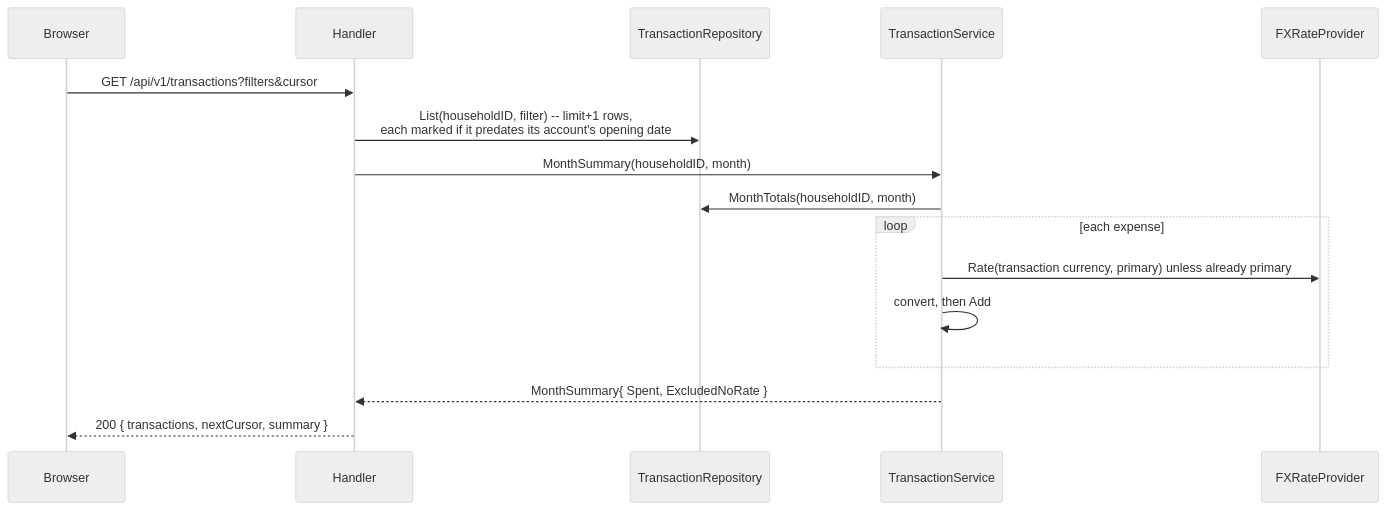
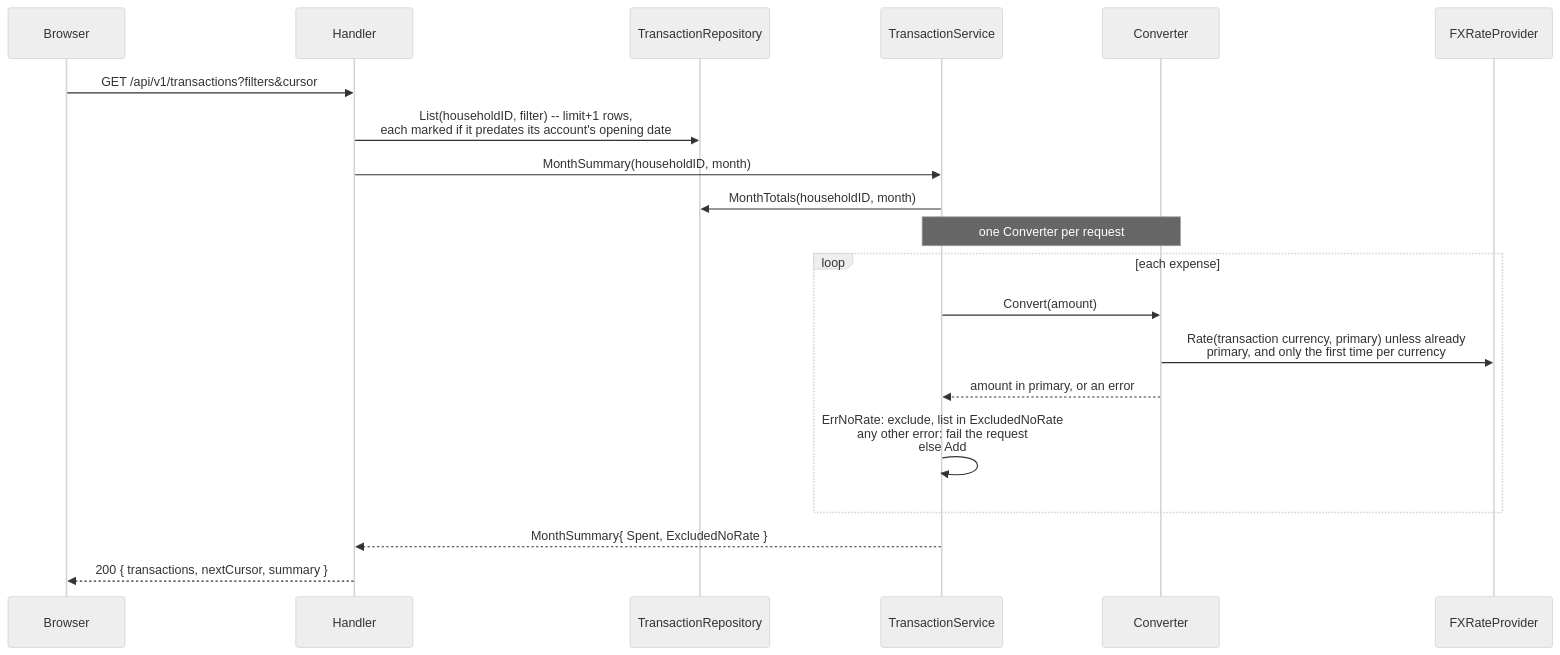
Before and after one commit to oandrz/Household: diagram 17 of 26 in docs/SYSTEM_DESIGN.md, drawn with Mermaid (neutral theme). The commit also changed other lines of this file and 29 other files, not shown here.

First line of the commit message:
Money conversion in domain: one Converter, Rate beside Money, ErrNoRate (#32)

````diff
--- a/docs/SYSTEM_DESIGN.md
+++ b/docs/SYSTEM_DESIGN.md
@@ -2381,19 +2407,23 @@
 ```mermaid
 sequenceDiagram
     participant B as Browser
     participant H as Handler
     participant Repo as TransactionRepository
     participant Svc as TransactionService
+    participant Conv as Converter
     participant FX as FXRateProvider
 
     B->>H: GET /api/v1/transactions?filters&cursor
     H->>Repo: List(householdID, filter) -- limit+1 rows,<br/>each marked if it predates its account's opening date
     H->>Svc: MonthSummary(householdID, month)
     Svc->>Repo: MonthTotals(householdID, month)
+    Note over Svc,Conv: one Converter per request
     loop each expense
-        Svc->>FX: Rate(transaction currency, primary) unless already primary
-        Svc->>Svc: convert, then Add
+        Svc->>Conv: Convert(amount)
+        Conv->>FX: Rate(transaction currency, primary) unless already<br/>primary, and only the first time per currency
+        Conv-->>Svc: amount in primary, or an error
+        Svc->>Svc: ErrNoRate: exclude, list in ExcludedNoRate<br/>any other error: fail the request<br/>else Add
     end
     Svc-->>H: MonthSummary{ Spent, ExcludedNoRate }
     H-->>B: 200 { transactions, nextCursor, summary }
 ```
````
